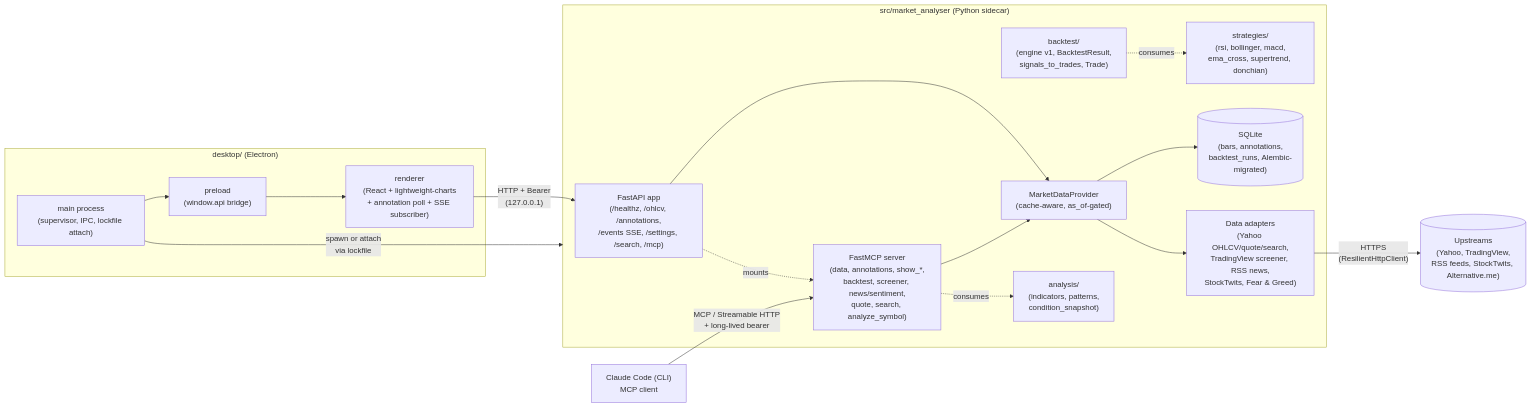
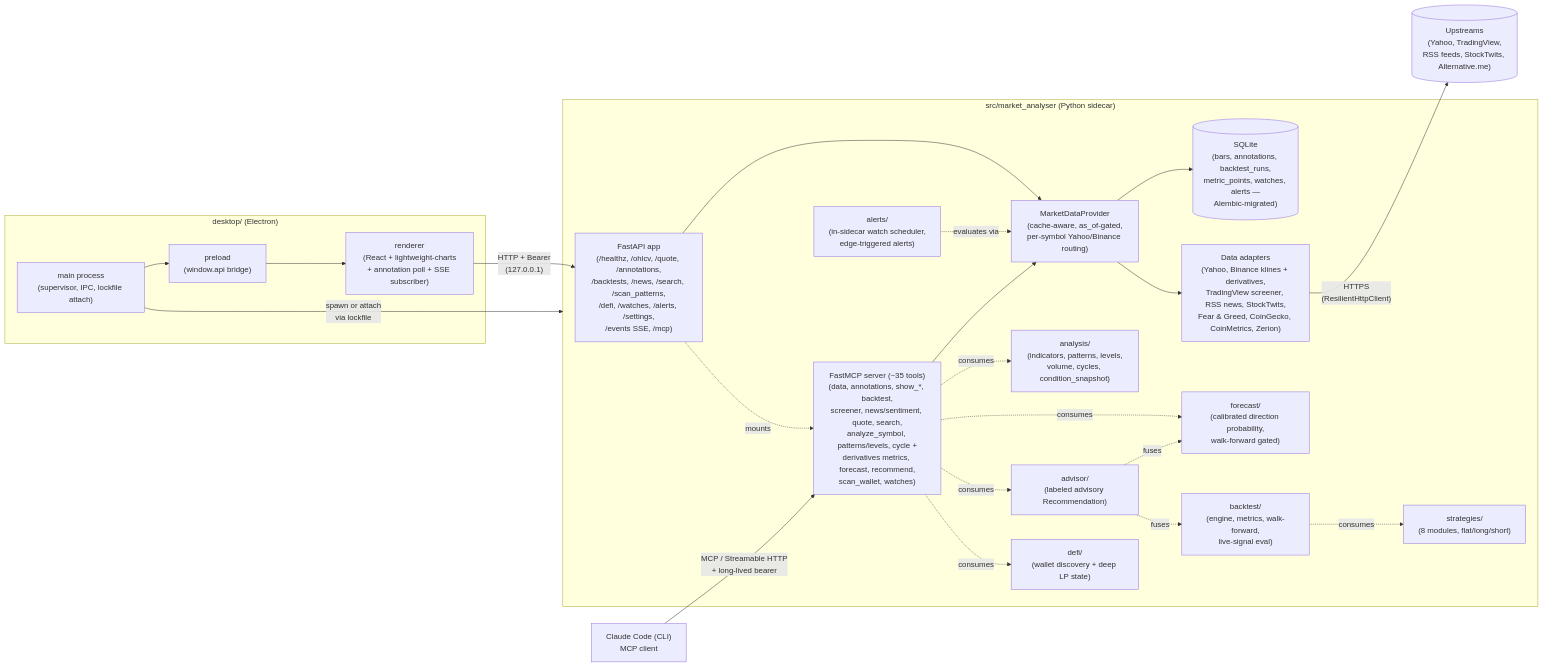
The diagram in README.md (IgorKonovalov/market-analyzer), drawn with Mermaid before and after one commit. The commit also changed other lines of this file and 20 other files, not shown here.

First line of the commit message:
docs(architect): actualize all plans, indexes, diagrams and skill contexts

````diff
--- a/README.md
+++ b/README.md
@@ -23,33 +26,43 @@
 ```mermaid
 flowchart LR
   agent["Claude Code (CLI)<br/>MCP client"]
 
   subgraph desktop["desktop/ (Electron)"]
     main["main process<br/>(supervisor, IPC, lockfile attach)"]
     preload["preload<br/>(window.api bridge)"]
     renderer["renderer<br/>(React + lightweight-charts<br/>+ annotation poll + SSE subscriber)"]
     main --> preload --> renderer
   end
 
   subgraph sidecar["src/market_analyser (Python sidecar)"]
-    api["FastAPI app<br/>(/healthz, /ohlcv, /annotations,<br/>/events SSE, /settings, /search, /mcp)"]
-    mcpapp["FastMCP server<br/>(data, annotations, show_*,<br/>backtest, screener, news/sentiment,<br/>quote, search, analyze_symbol)"]
-    provider["MarketDataProvider<br/>(cache-aware, as_of-gated)"]
-    strategies["strategies/<br/>(rsi, bollinger, macd,<br/>ema_cross, supertrend, donchian)"]
-    backtest["backtest/<br/>(engine v1, BacktestResult,<br/>signals_to_trades, Trade)"]
-    analysis["analysis/<br/>(indicators, patterns,<br/>condition_snapshot)"]
-    cache[("SQLite<br/>(bars, annotations,<br/>backtest_runs, Alembic-migrated)")]
-    adapter["Data adapters<br/>(Yahoo OHLCV/quote/search,<br/>TradingView screener, RSS news,<br/>StockTwits, Fear & Greed)"]
+    api["FastAPI app<br/>(/healthz, /ohlcv, /quote, /annotations,<br/>/backtests, /news, /search, /scan_patterns,<br/>/defi, /watches, /alerts, /settings,<br/>/events SSE, /mcp)"]
+    mcpapp["FastMCP server (~35 tools)<br/>(data, annotations, show_*, backtest,<br/>screener, news/sentiment, quote, search,<br/>analyze_symbol, patterns/levels, cycle +<br/>derivatives metrics, forecast, recommend,<br/>scan_wallet, watches)"]
+    provider["MarketDataProvider<br/>(cache-aware, as_of-gated,<br/>per-symbol Yahoo/Binance routing)"]
+    strategies["strategies/<br/>(8 modules, flat/long/short)"]
+    backtest["backtest/<br/>(engine, metrics, walk-forward,<br/>live-signal eval)"]
+    analysis["analysis/<br/>(indicators, patterns, levels,<br/>volume, cycles, condition_snapshot)"]
+    forecast["forecast/<br/>(calibrated direction probability,<br/>walk-forward gated)"]
+    advisor["advisor/<br/>(labeled advisory Recommendation)"]
+    alerts["alerts/<br/>(in-sidecar watch scheduler,<br/>edge-triggered alerts)"]
+    defi["defi/<br/>(wallet discovery + deep LP state)"]
+    cache[("SQLite<br/>(bars, annotations, backtest_runs,<br/>metric_points, watches, alerts —<br/>Alembic-migrated)")]
+    adapter["Data adapters<br/>(Yahoo, Binance klines + derivatives,<br/>TradingView screener, RSS news, StockTwits,<br/>Fear & Greed, CoinGecko, CoinMetrics, Zerion)"]
     api --> provider --> cache
     api -. mounts .-> mcpapp
     mcpapp --> provider
     provider --> adapter
     backtest -. consumes .-> strategies
     mcpapp -. consumes .-> analysis
+    mcpapp -. consumes .-> forecast
+    mcpapp -. consumes .-> advisor
+    mcpapp -. consumes .-> defi
+    alerts -. evaluates via .-> provider
+    advisor -. fuses .-> forecast
+    advisor -. fuses .-> backtest
   end
 
   renderer -- "HTTP + Bearer<br/>(127.0.0.1)" --> api
   agent -- "MCP / Streamable HTTP<br/>+ long-lived bearer" --> mcpapp
   main -- "spawn or attach<br/>via lockfile" --> sidecar
   adapter -- "HTTPS<br/>(ResilientHttpClient)" --> upstreams[("Upstreams<br/>(Yahoo, TradingView,<br/>RSS feeds, StockTwits, Alternative.me)")]
 ```
````
